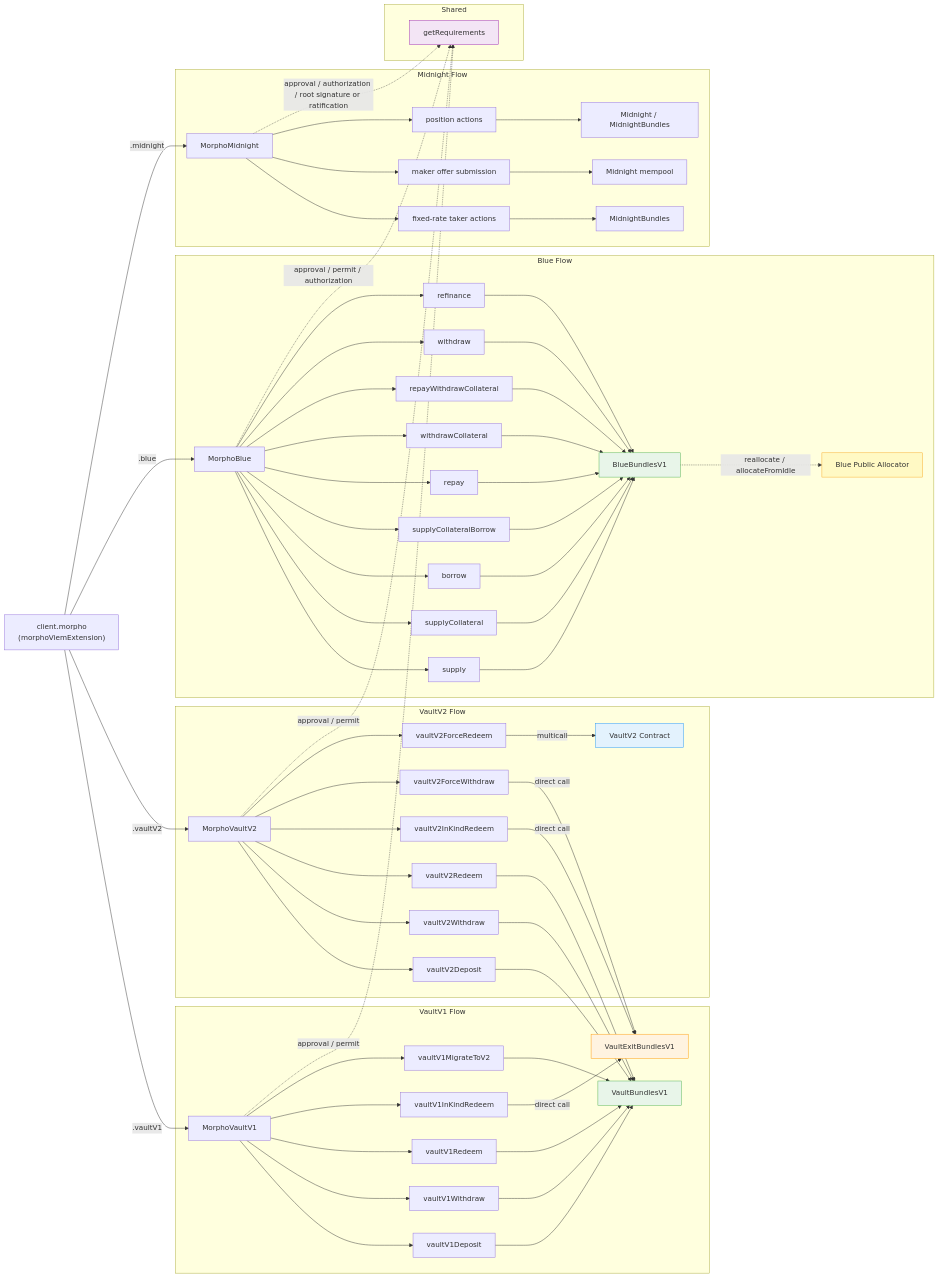
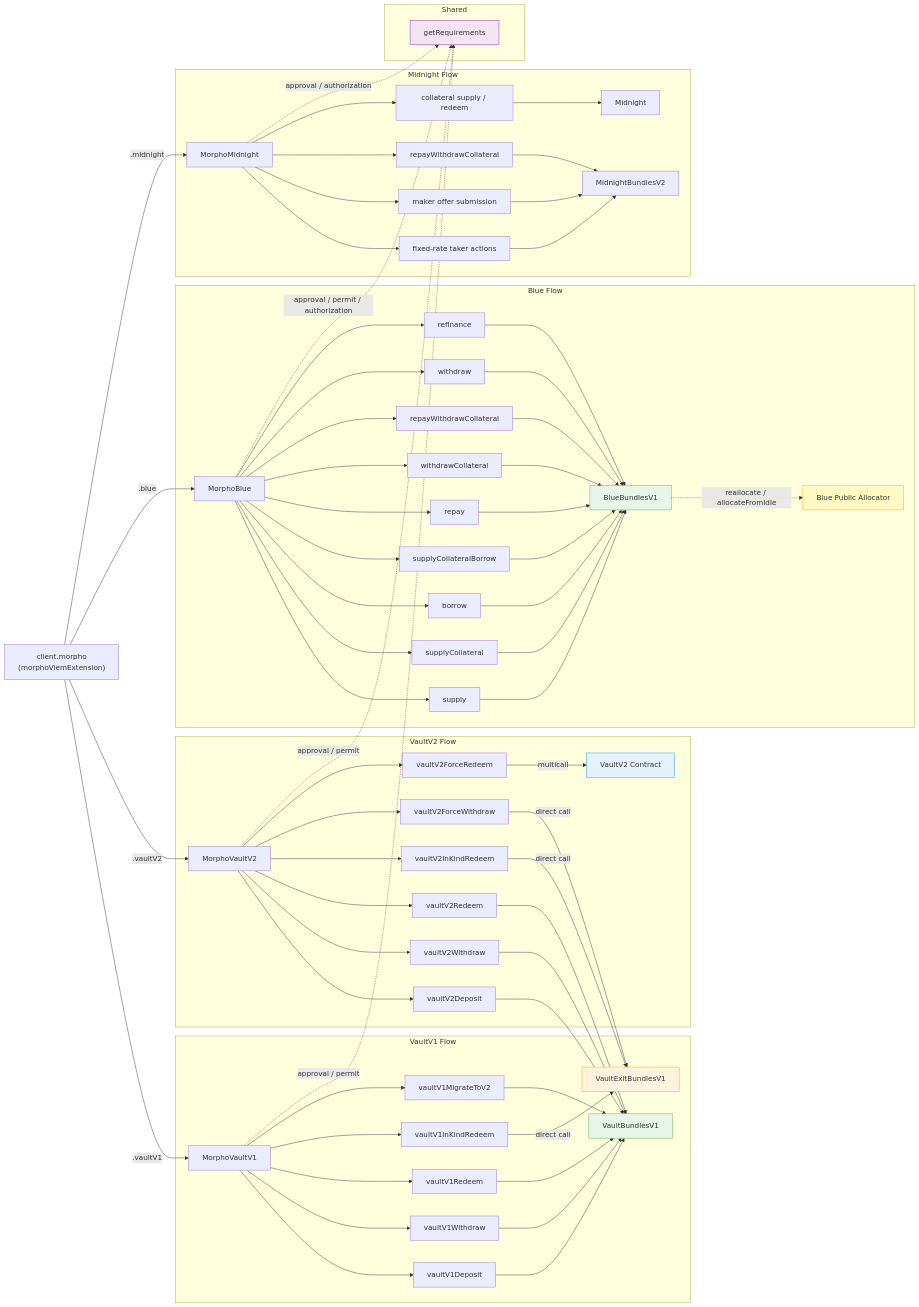
One commit to morpho-org/sdks changed the diagram in packages/morpho-sdk/README.md. Above: the diagram before and after it, drawn with Mermaid. The commit also changed other lines of this file and 122 other files, not shown here.

```diff
--- a/packages/morpho-sdk/README.md
+++ b/packages/morpho-sdk/README.md
@@ -323,10 +335,12 @@
         MN1[MorphoMidnight]
         MN1 --> MNT[fixed-rate taker actions]
         MN1 --> MNM[maker offer submission]
-        MN1 --> MNP[position actions]
-        MNT --> MNB[MidnightBundles]
-        MNM --> MNMP[Midnight mempool]
-        MNP --> MNC[Midnight / MidnightBundles]
+        MN1 --> MNR[repayWithdrawCollateral]
+        MN1 --> MNP[collateral supply / redeem]
+        MNT --> MNB2[MidnightBundlesV2]
+        MNM --> MNB2
+        MNR --> MNB2
+        MNP --> MNC[Midnight]
     end
 
 
@@ -337,7 +351,7 @@
     MV1 -.->|approval / permit| REQ
     MV2 -.->|approval / permit| REQ
     MM1 -.->|approval / permit / authorization| REQ
-    MN1 -.->|approval / authorization / root signature or ratification| REQ
+    MN1 -.->|approval / authorization| REQ
 
     style VBV1 fill:#e8f5e9,stroke:#4caf50
     style BBV1 fill:#e8f5e9,stroke:#4caf50
```
